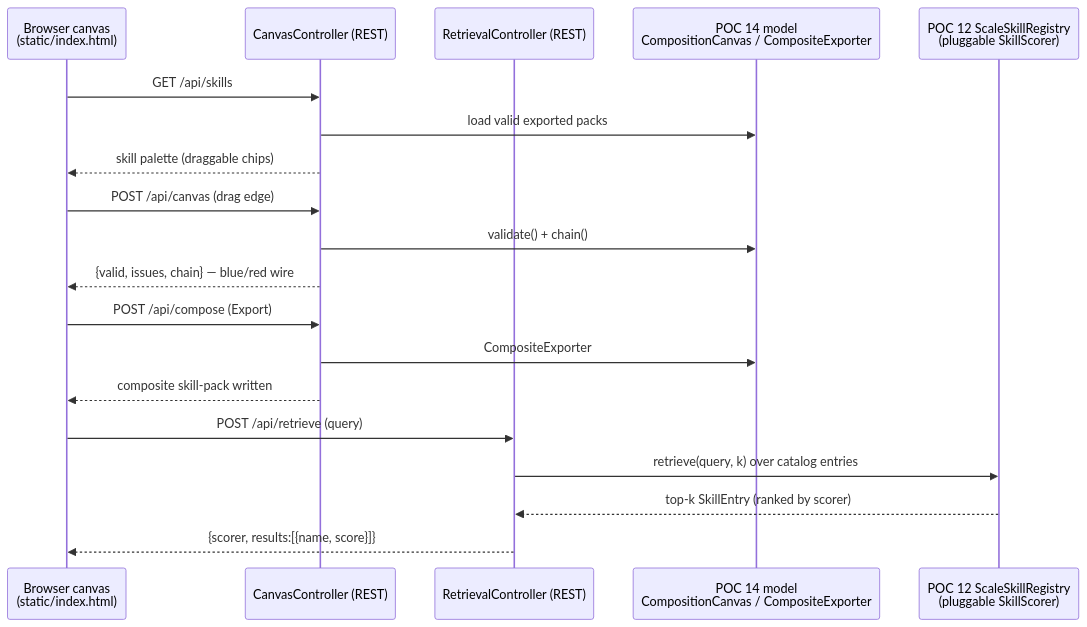
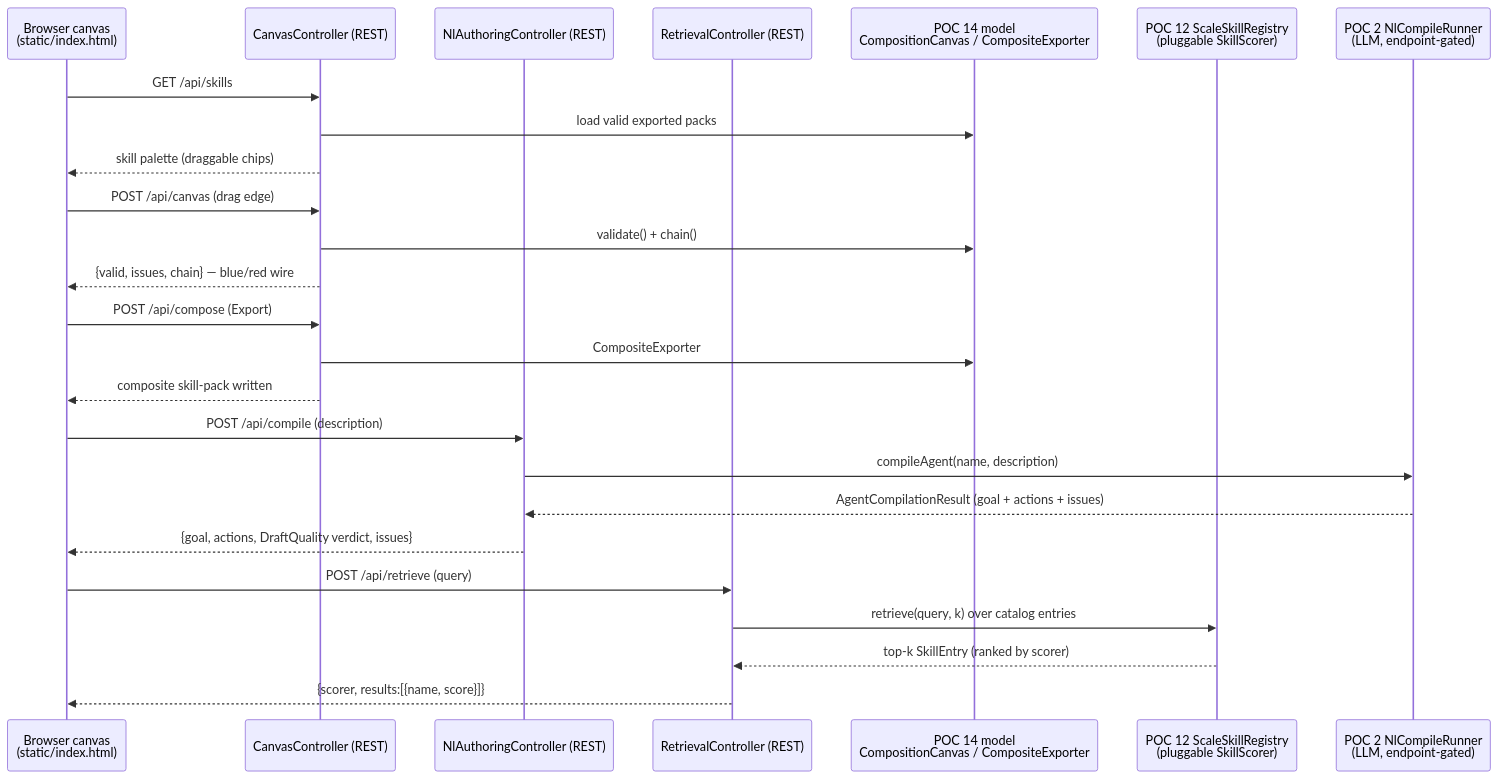
One commit to iromu/embabel-smith changed the diagram in poc/poc-15-composer-ui/README.md. Above: the diagram before and after it, drawn with Mermaid. The commit also changed other lines of this file and 10 other files, not shown here.

First line of the commit message:
Add an NL-authoring pane to the POC 15 builder UI, and update the POC run report

````diff
--- a/poc/poc-15-composer-ui/README.md
+++ b/poc/poc-15-composer-ui/README.md
@@ -34,21 +42,27 @@
 ```mermaid
 sequenceDiagram
     participant B as Browser canvas<br/>(static/index.html)
     participant C as CanvasController (REST)
+    participant A as NlAuthoringController (REST)
     participant R as RetrievalController (REST)
     participant M as POC 14 model<br/>CompositionCanvas / CompositeExporter
     participant S as POC 12 ScaleSkillRegistry<br/>(pluggable SkillScorer)
+    participant L as POC 2 NlCompileRunner<br/>(LLM, endpoint-gated)
     B ->> C: GET /api/skills
     C ->> M: load valid exported packs
     C -->> B: skill palette (draggable chips)
     B ->> C: POST /api/canvas (drag edge)
     C ->> M: validate() + chain()
     C -->> B: {valid, issues, chain} — blue/red wire
     B ->> C: POST /api/compose (Export)
     C ->> M: CompositeExporter
     C -->> B: composite skill-pack written
+    B ->> A: POST /api/compile (description)
+    A ->> L: compileAgent(name, description)
+    L -->> A: AgentCompilationResult (goal + actions + issues)
+    A -->> B: {goal, actions, DraftQuality verdict, issues}
     B ->> R: POST /api/retrieve (query)
     R ->> S: retrieve(query, k) over catalog entries
     S -->> R: top-k SkillEntry (ranked by scorer)
     R -->> B: {scorer, results:[{name, score}]}
 ```
````
